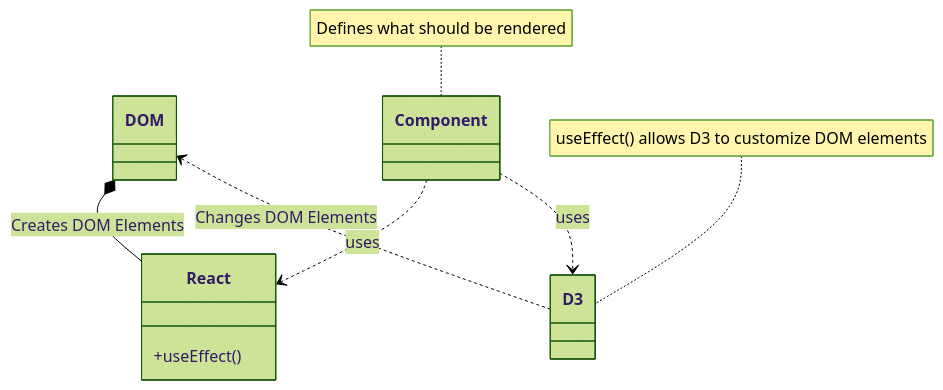
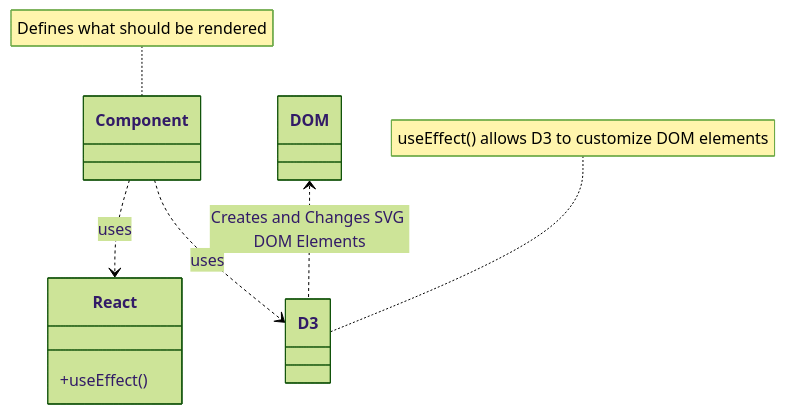
One commit to dyc3/senior-design changed the diagram in figures/vis/DOM-class-visualization.mmd. Above: the diagram before and after it, drawn with Mermaid (forest theme). The commit also changed 1 other file, not shown here.

Commit message:
update figure `DOM-class-visualization` (#399)

```diff
--- a/figures/vis/DOM-class-visualization.mmd
+++ b/figures/vis/DOM-class-visualization.mmd
@@ -1,11 +1,10 @@
 classDiagram
-    DOM *-- React : Creates DOM Elements
     Component ..> React : uses
     Component ..> D3 : uses
-    DOM <.. D3 : Changes DOM Elements
+    DOM <.. D3 : Creates and Changes SVG DOM Elements
     note for D3 "useEffect() allows D3 to customize DOM elements"
     note for Component "Defines what should be rendered"
 
     class React {
         +useEffect()
     }
```
